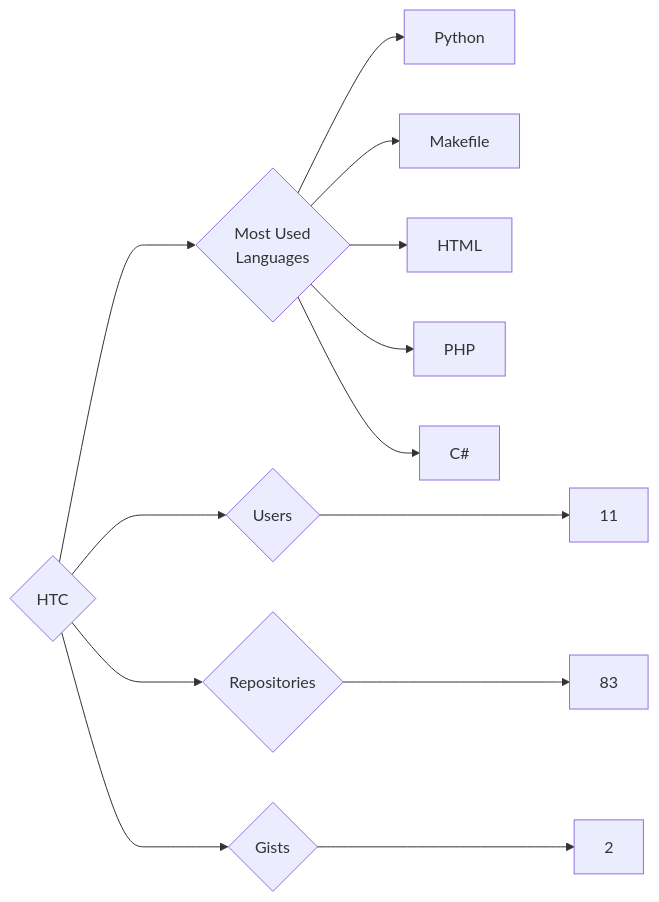
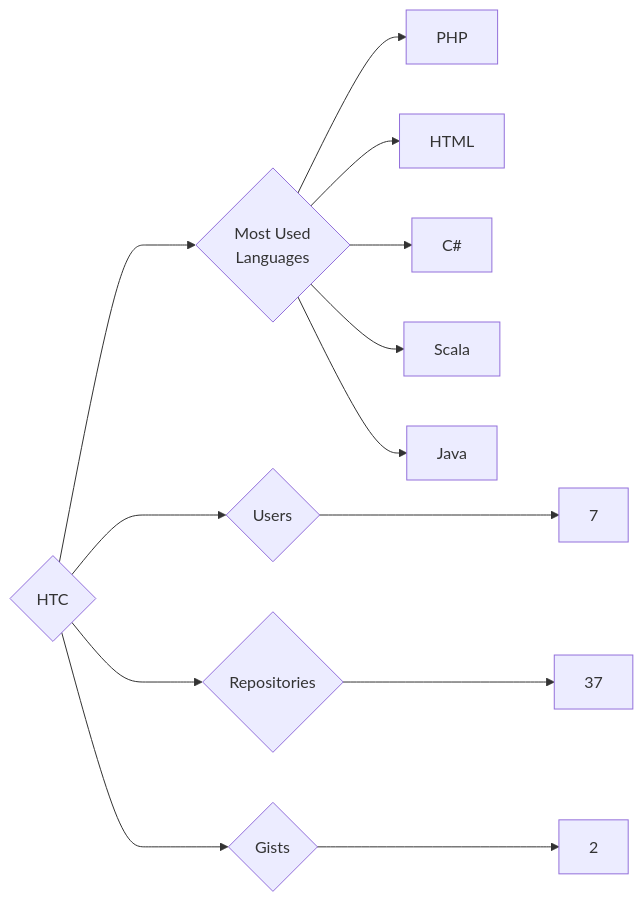
The diagram in targets/HTC/README.md (trickest/insiders), drawn with Mermaid before and after one commit. The commit also changed 1055 other files, not shown here.

````diff
--- a/targets/HTC/README.md
+++ b/targets/HTC/README.md
@@ -3,13 +3,13 @@
 ```mermaid
 graph LR
 COMPANY_NAME{HTC}
-COMPANY_NAME ---> U{Users} ---> UN[11]
-COMPANY_NAME ---> R{Repositories} ---> RN[83]
+COMPANY_NAME ---> U{Users} ---> UN[7]
+COMPANY_NAME ---> R{Repositories} ---> RN[37]
 COMPANY_NAME ---> G{Gists} ---> GN[2]
 COMPANY_NAME ---> ML{Most Used<br>Languages}
-ML --> Python[Python]
-ML --> Makefile[Makefile]
+ML --> PHP[PHP]
 ML --> HTML[HTML]
-ML --> PHP[PHP]
 ML --> C#[C#]
+ML --> Scala[Scala]
+ML --> Java[Java]
 ```
````
